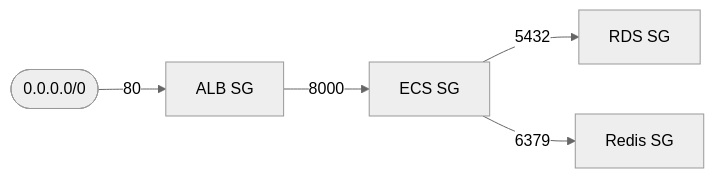
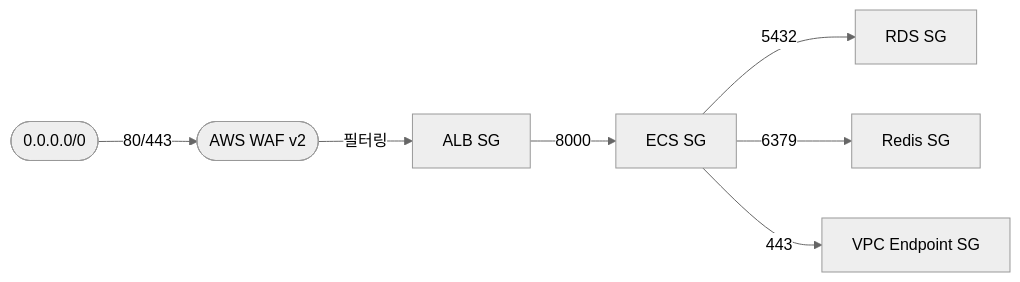
Before and after one commit to ggaeun324-wq/pawtrace-docs: the second of 6 diagrams in INFRASTRUCTURE.md, drawn with Mermaid (neutral theme). The commit also changed other lines of this file and 6 other files, not shown here.

````diff
--- a/INFRASTRUCTURE.md
+++ b/INFRASTRUCTURE.md
@@ -78,7 +85,9 @@
 ```mermaid
 flowchart LR
-    NET([0.0.0.0/0]) -->|80| ALBSG[ALB SG]
+    WAF([AWS WAF v2]) -->|필터링| ALBSG[ALB SG]
+    NET([0.0.0.0/0]) -->|80/443| WAF
     ALBSG -->|8000| ECSSG[ECS SG]
     ECSSG -->|5432| RDSSG[RDS SG]
     ECSSG -->|6379| REDISSG[Redis SG]
+    ECSSG -->|443| VPCESG[VPC Endpoint SG]
 ```
````
